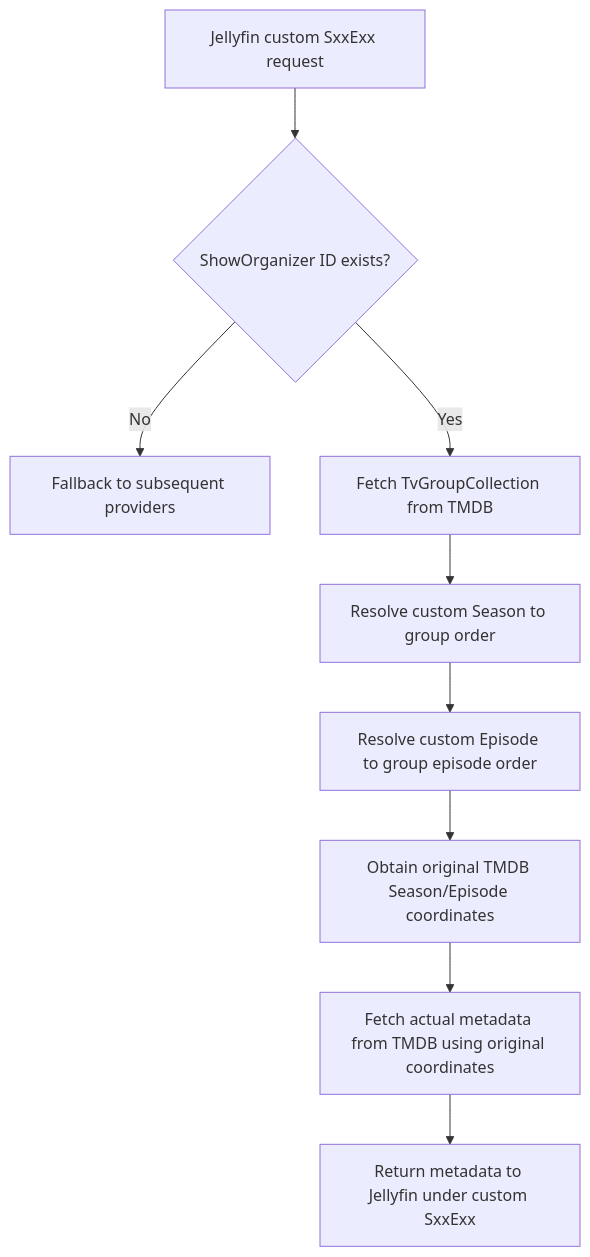
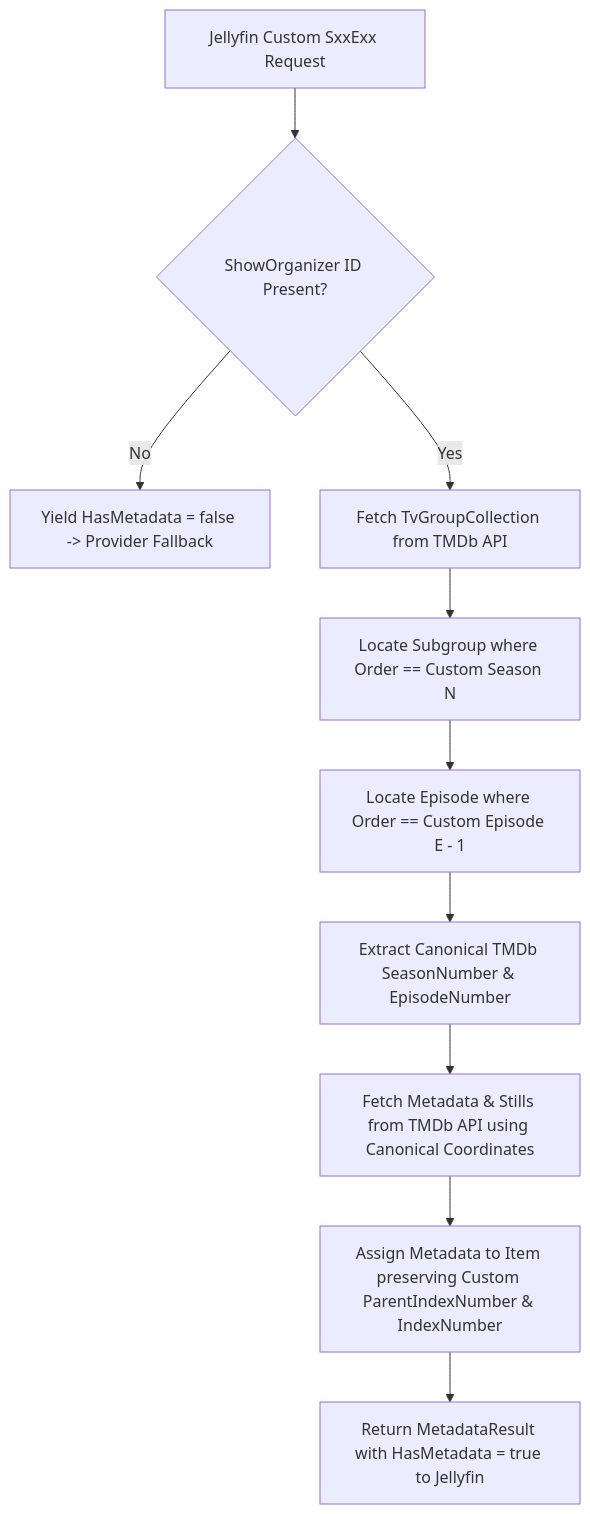
The first of 2 diagrams in docs/architecture.md (WildFito/jellyfin-show-organizer), drawn with Mermaid before and after one commit. The commit also changed other lines of this file and 1 other file, not shown here.

Commit message:
Revise documentation structure: streamline README.md into user-facing guide and expand docs/architecture.md into canonical technical reference

````diff
--- a/docs/architecture.md
+++ b/docs/architecture.md
@@ -17,11 +13,12 @@
 ```mermaid
 graph TD
-    A[Jellyfin custom SxxExx request] --> B{ShowOrganizer ID exists?}
-    B -- No --> C[Fallback to subsequent providers]
-    B -- Yes --> D[Fetch TvGroupCollection from TMDB]
-    D --> E[Resolve custom Season to group order]
-    E --> F[Resolve custom Episode to group episode order]
-    F --> G[Obtain original TMDB Season/Episode coordinates]
-    G --> H[Fetch actual metadata from TMDB using original coordinates]
-    H --> I[Return metadata to Jellyfin under custom SxxExx]
+    A[Jellyfin Custom SxxExx Request] --> B{ShowOrganizer ID Present?}
+    B -- No --> C[Yield HasMetadata = false -> Provider Fallback]
+    B -- Yes --> D[Fetch TvGroupCollection from TMDb API]
+    D --> E[Locate Subgroup where Order == Custom Season N]
+    E --> F[Locate Episode where Order == Custom Episode E - 1]
+    F --> G[Extract Canonical TMDb SeasonNumber & EpisodeNumber]
+    G --> H[Fetch Metadata & Stills from TMDb API using Canonical Coordinates]
+    H --> I[Assign Metadata to Item preserving Custom ParentIndexNumber & IndexNumber]
+    I --> J[Return MetadataResult with HasMetadata = true to Jellyfin]
 ```
````
